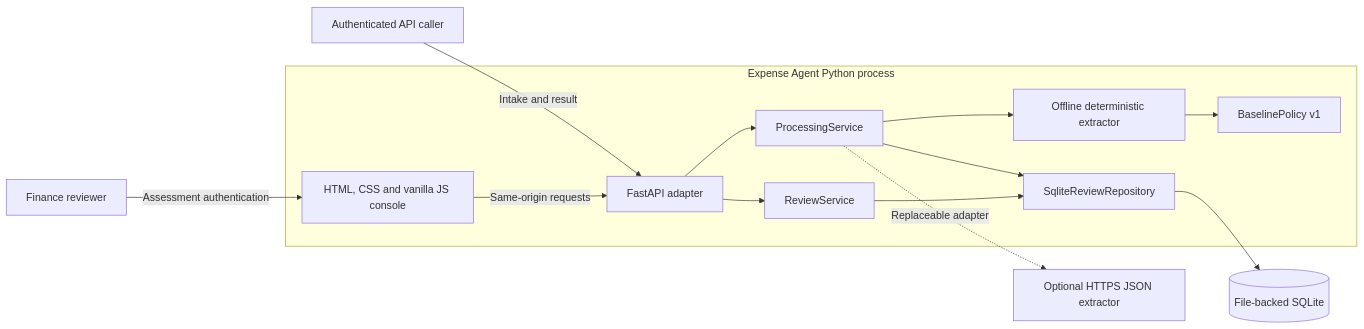
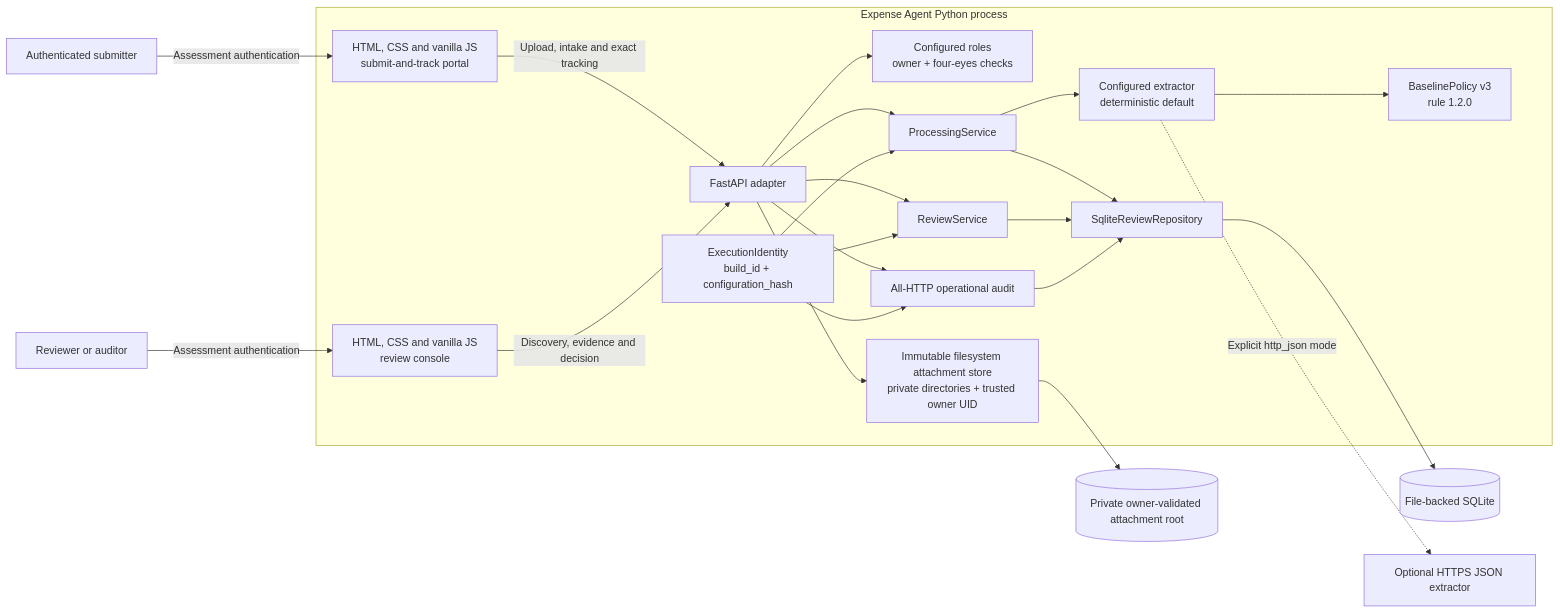
One commit to Dev-Luigy/automation_luigygabriel changed the first of 8 diagrams in docs/diagrams.md. Above: the diagram before and after it, drawn with Mermaid. The commit also changed other lines of this file and 10 other files, not shown here.

Commit message:
docs: align architecture and traceability model

````diff
--- a/docs/diagrams.md
+++ b/docs/diagrams.md
@@ -26,30 +27,45 @@
 ```mermaid
 flowchart LR
-    caller["Authenticated API caller"]
-    reviewer["Finance reviewer"]
+    submitter["Authenticated submitter"]
+    reviewer["Reviewer or auditor"]
 
     subgraph serviceBoundary ["Expense Agent Python process"]
-        console["HTML, CSS and vanilla JS console"]
+        submitPortal["HTML, CSS and vanilla JS\nsubmit-and-track portal"]
+        reviewConsole["HTML, CSS and vanilla JS\nreview console"]
         api["FastAPI adapter"]
+        authz["Configured roles\nowner + four-eyes checks"]
         processing["ProcessingService"]
         review["ReviewService"]
-        extractor["Offline deterministic extractor"]
-        policy["BaselinePolicy v1"]
+        extractor["Configured extractor\ndeterministic default"]
+        policy["BaselinePolicy v3\nrule 1.2.0"]
+        execution["ExecutionIdentity\nbuild_id + configuration_hash"]
         repository["SqliteReviewRepository"]
+        attachmentStore["Immutable filesystem attachment store\nprivate directories + trusted owner UID"]
+        operationAudit["All-HTTP operational audit"]
     end
 
     sqlite[("File-backed SQLite")]
+    attachmentRoot[("Private owner-validated attachment root")]
     optionalProvider["Optional HTTPS JSON extractor"]
 
-    caller -->|"Intake and result"| api
-    reviewer -->|"Assessment authentication"| console
-    console -->|"Same-origin requests"| api
+    submitter -->|"Assessment authentication"| submitPortal
+    reviewer -->|"Assessment authentication"| reviewConsole
+    submitPortal -->|"Upload, intake and exact tracking"| api
+    reviewConsole -->|"Discovery, evidence and decision"| api
+    api --> authz
     api --> processing
     api --> review
+    api --> attachmentStore
+    api --> operationAudit
     processing --> extractor
     extractor --> policy
+    execution --> processing
+    execution --> review
+    execution --> operationAudit
     processing --> repository
     review --> repository
+    operationAudit --> repository
     repository --> sqlite
-    processing -.->|"Replaceable adapter"| optionalProvider
+    attachmentStore --> attachmentRoot
+    extractor -.->|"Explicit http_json mode"| optionalProvider
 ```
````
